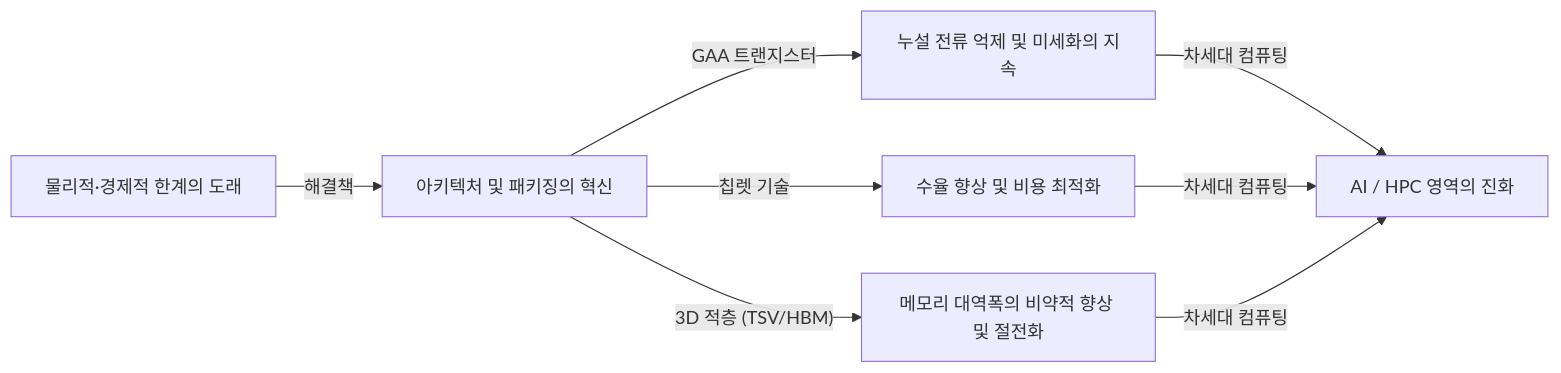
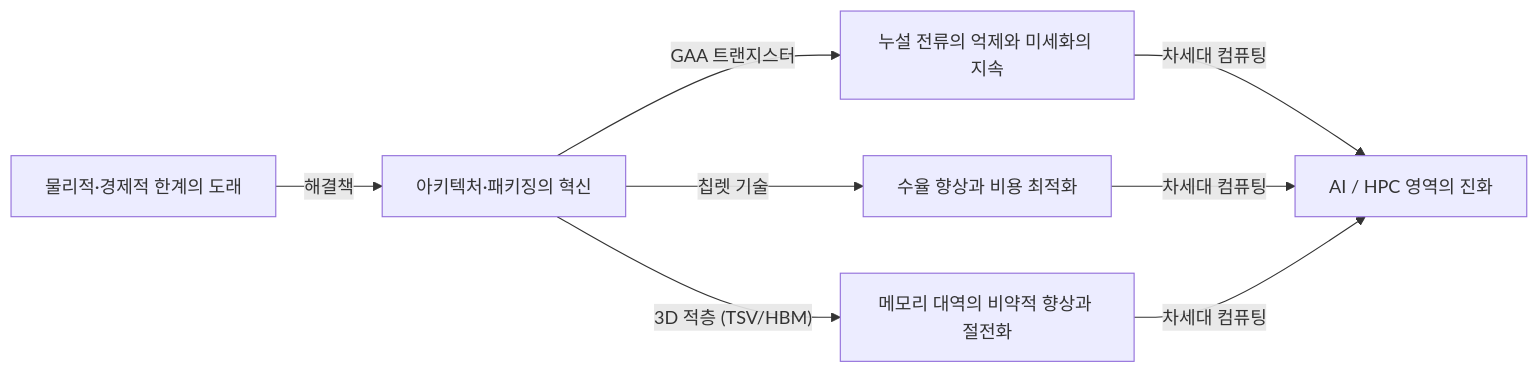
One commit to kenjinote/blog changed the second of 2 diagrams in content/post/business-moores-law/index.ko.md. Above: the diagram before and after it, drawn with Mermaid. The commit also changed other lines of this file and 40 other files, not shown here.

````diff
--- a/content/post/business-moores-law/index.ko.md
+++ b/content/post/business-moores-law/index.ko.md
@@ -111,10 +111,10 @@
 ```mermaid
 graph LR
-    A["물리적·경제적 한계의 도래"] -- "해결책" --> B["아키텍처 및 패키징의 혁신"]
-    B -- "GAA 트랜지스터" --> C["누설 전류 억제 및 미세화의 지속"]
-    B -- "칩렛 기술" --> D["수율 향상 및 비용 최적화"]
-    B -- "3D 적층 (TSV/HBM)" --> E["메모리 대역폭의 비약적 향상 및 절전화"]
+    A["물리적·경제적 한계의 도래"] -- "해결책" --> B["아키텍처·패키징의 혁신"]
+    B -- "GAA 트랜지스터" --> C["누설 전류의 억제와 미세화의 지속"]
+    B -- "칩렛 기술" --> D["수율 향상과 비용 최적화"]
+    B -- "3D 적층 (TSV/HBM)" --> E["메모리 대역의 비약적 향상과 절전화"]
     C -- "차세대 컴퓨팅" --> F["AI / HPC 영역의 진화"]
     D -- "차세대 컴퓨팅" --> F
     E -- "차세대 컴퓨팅" --> F
 ```
````
